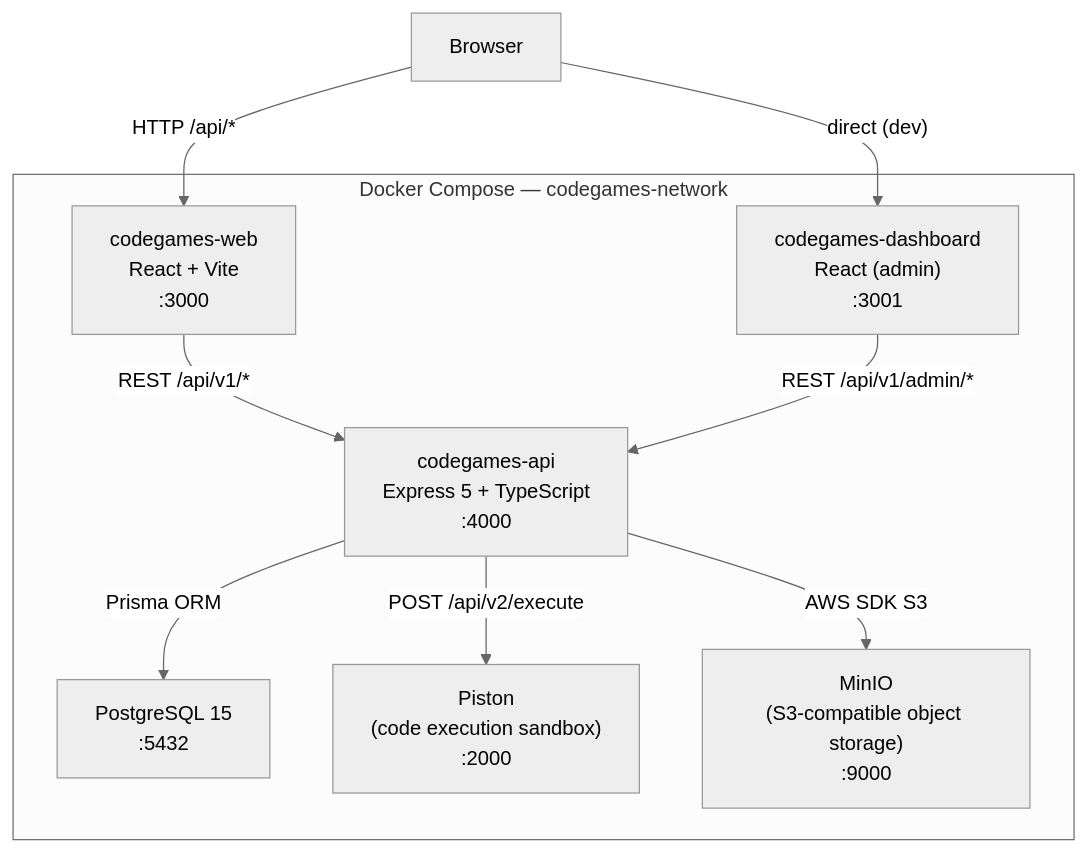
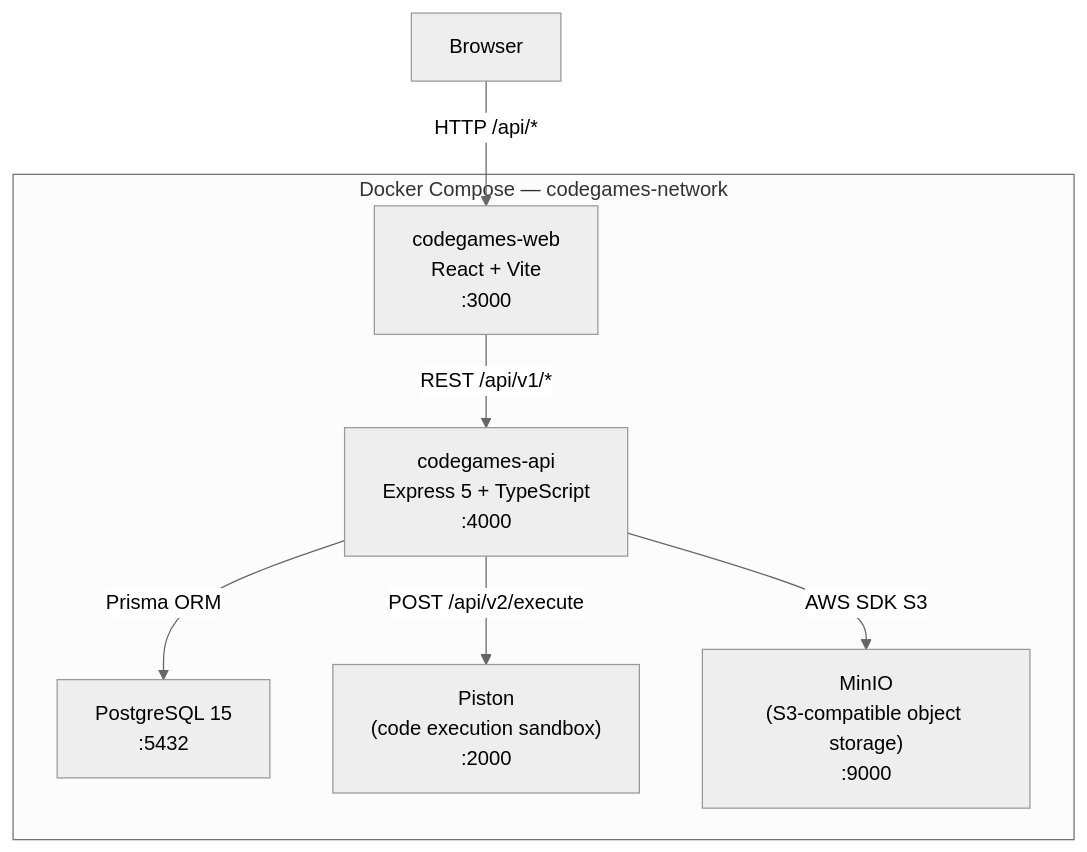
The first of 7 diagrams in docs/architecture.md (Mihailob5017/codegames), drawn with Mermaid (neutral theme) before and after one commit. The commit also changed other lines of this file and 27 other files, not shown here.

````diff
--- a/docs/architecture.md
+++ b/docs/architecture.md
@@ -11,21 +11,18 @@
 ```mermaid
 graph TD
     Browser["Browser"]
 
     subgraph Docker["Docker Compose — codegames-network"]
         Web["codegames-web\nReact + Vite\n:3000"]
         API["codegames-api\nExpress 5 + TypeScript\n:4000"]
-        Dashboard["codegames-dashboard\nReact (admin)\n:3001"]
         DB["PostgreSQL 15\n:5432"]
         Piston["Piston\n(code execution sandbox)\n:2000"]
         MinIO["MinIO\n(S3-compatible object storage)\n:9000"]
     end
 
     Browser -->|"HTTP /api/*"| Web
-    Browser -->|"direct (dev)"| Dashboard
     Web -->|"REST /api/v1/*"| API
-    Dashboard -->|"REST /api/v1/admin/*"| API
     API -->|"Prisma ORM"| DB
     API -->|"POST /api/v2/execute"| Piston
     API -->|"AWS SDK S3"| MinIO
 ```
````
